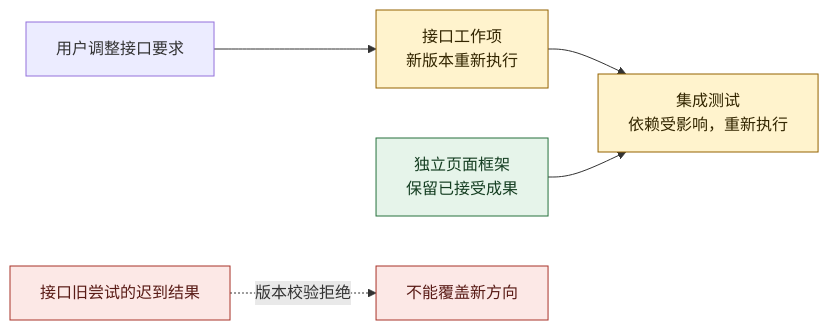
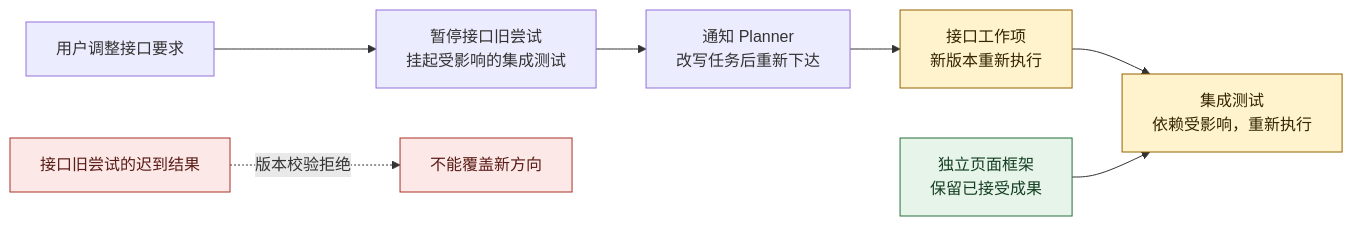
The second of 2 diagrams in README.md (rejec-rot/agent-foundry-orchestrator), drawn with Mermaid before and after one commit. The commit also changed other lines of this file and 33 other files, not shown here.

````diff
--- a/README.md
+++ b/README.md
@@ -60,13 +65,15 @@
 ```mermaid
 flowchart LR
-    USER["用户调整接口要求"] --> API["接口工作项<br/>新版本重新执行"]
+    USER["用户调整接口要求"] --> HOLD["暂停接口旧尝试<br/>挂起受影响的集成测试"]
+    HOLD --> PLANNER["通知 Planner<br/>改写任务后重新下达"]
+    PLANNER --> API["接口工作项<br/>新版本重新执行"]
     API --> TEST["集成测试<br/>依赖受影响，重新执行"]
     UI["独立页面框架<br/>保留已接受成果"] --> TEST
     OLD["接口旧尝试的迟到结果"] -. "版本校验拒绝" .-> REJECT["不能覆盖新方向"]
     classDef rerun fill:#fff3cd,stroke:#946200,color:#332600;
     classDef retained fill:#e6f4ea,stroke:#26713d,color:#153e22;
     classDef rejected fill:#fce8e6,stroke:#a83228,color:#591b16;
     class API,TEST rerun;
     class UI retained;
     class OLD,REJECT rejected;
 ```
````
